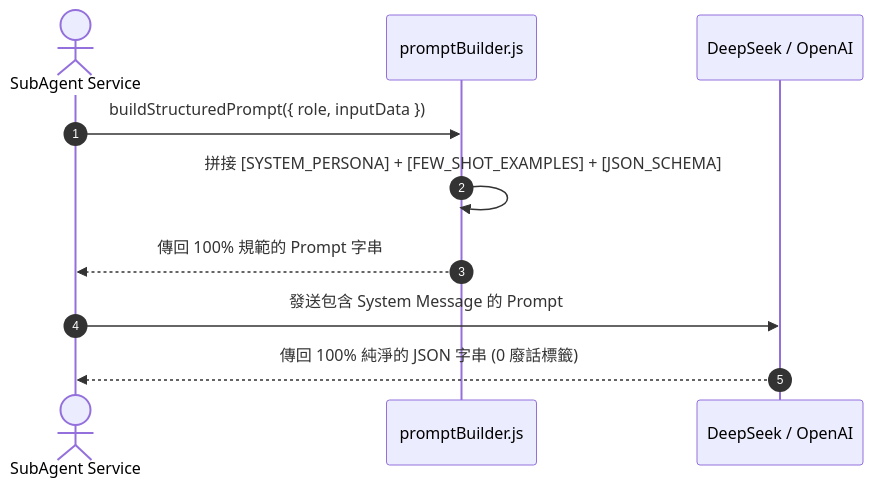
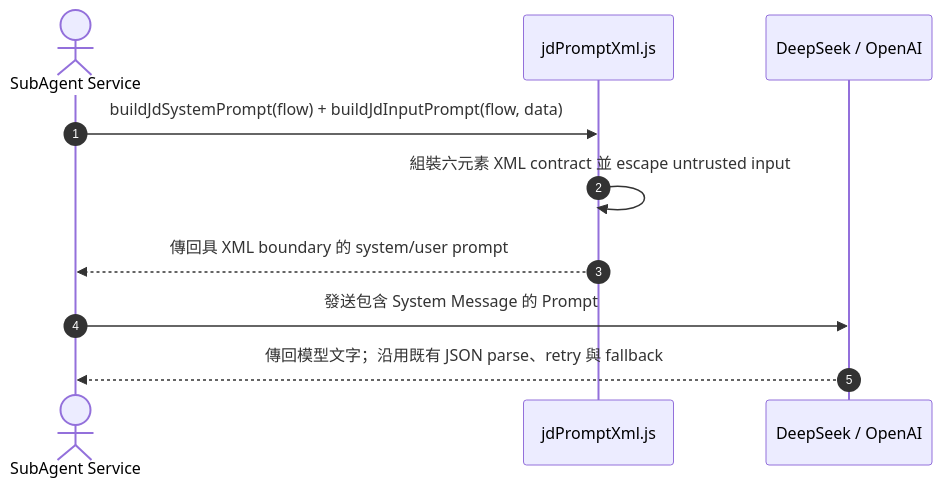
One commit to Alanho2025/Kiwi-AI-interview-Agent changed the diagram in docs/architecture-decision-records/features/F-64-structured-prompt-engineering.md. Above: the diagram before and after it, drawn with Mermaid. The commit also changed other lines of this file and 26 other files, not shown here.

````diff
--- a/docs/architecture-decision-records/features/F-64-structured-prompt-engineering.md
+++ b/docs/architecture-decision-records/features/F-64-structured-prompt-engineering.md
@@ -55,13 +73,13 @@
 ```mermaid
 sequenceDiagram
     autonumber
     actor SubAgent as SubAgent Service
-    participant Builder as promptBuilder.js
+    participant Builder as jdPromptXml.js
     participant LLM as DeepSeek / OpenAI
 
-    SubAgent->>Builder: buildStructuredPrompt({ role, inputData })
-    Builder->>Builder: 拼接 [SYSTEM_PERSONA] + [FEW_SHOT_EXAMPLES] + [JSON_SCHEMA]
-    Builder-->>SubAgent: 傳回 100% 規範的 Prompt 字串
+    SubAgent->>Builder: buildJdSystemPrompt(flow) + buildJdInputPrompt(flow, data)
+    Builder->>Builder: 組裝六元素 XML contract 並 escape untrusted input
+    Builder-->>SubAgent: 傳回具 XML boundary 的 system/user prompt
     SubAgent->>LLM: 發送包含 System Message 的 Prompt
-    LLM-->>SubAgent: 傳回 100% 純淨的 JSON 字串 (0 廢話標籤)
+    LLM-->>SubAgent: 傳回模型文字；沿用既有 JSON parse、retry 與 fallback
 ```
````
